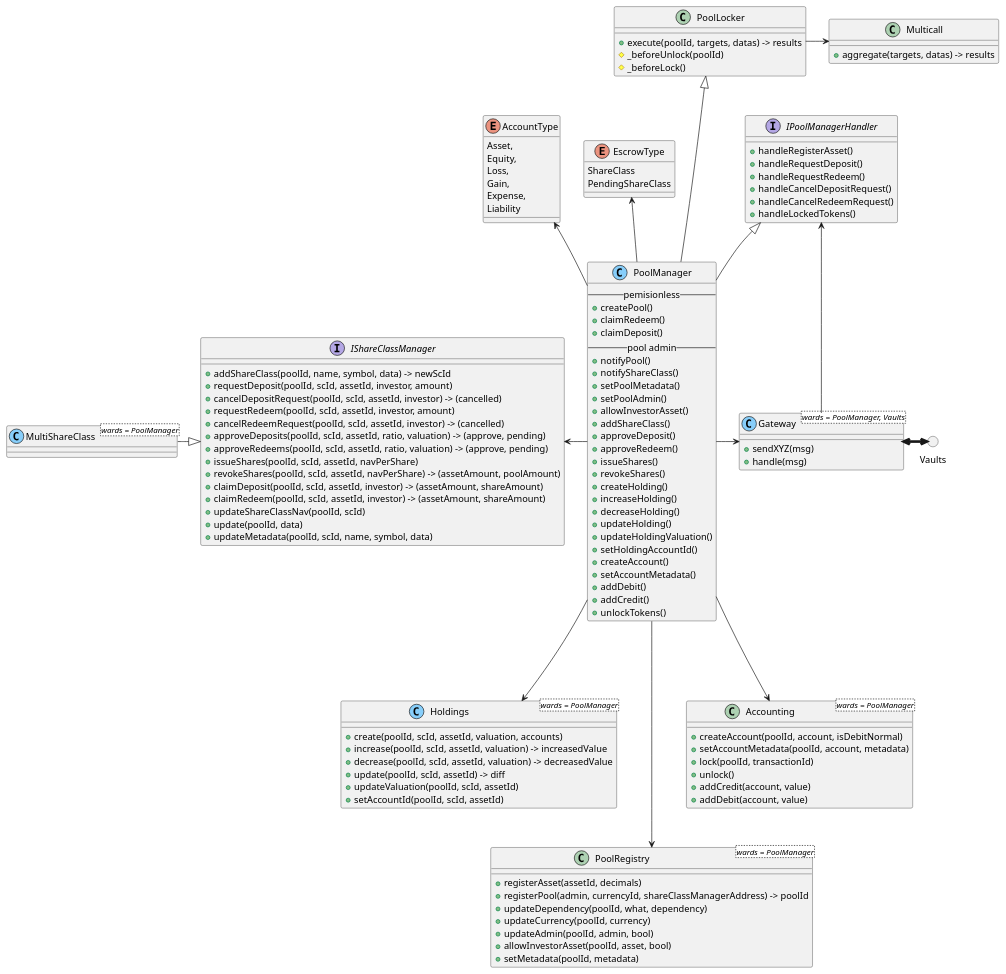
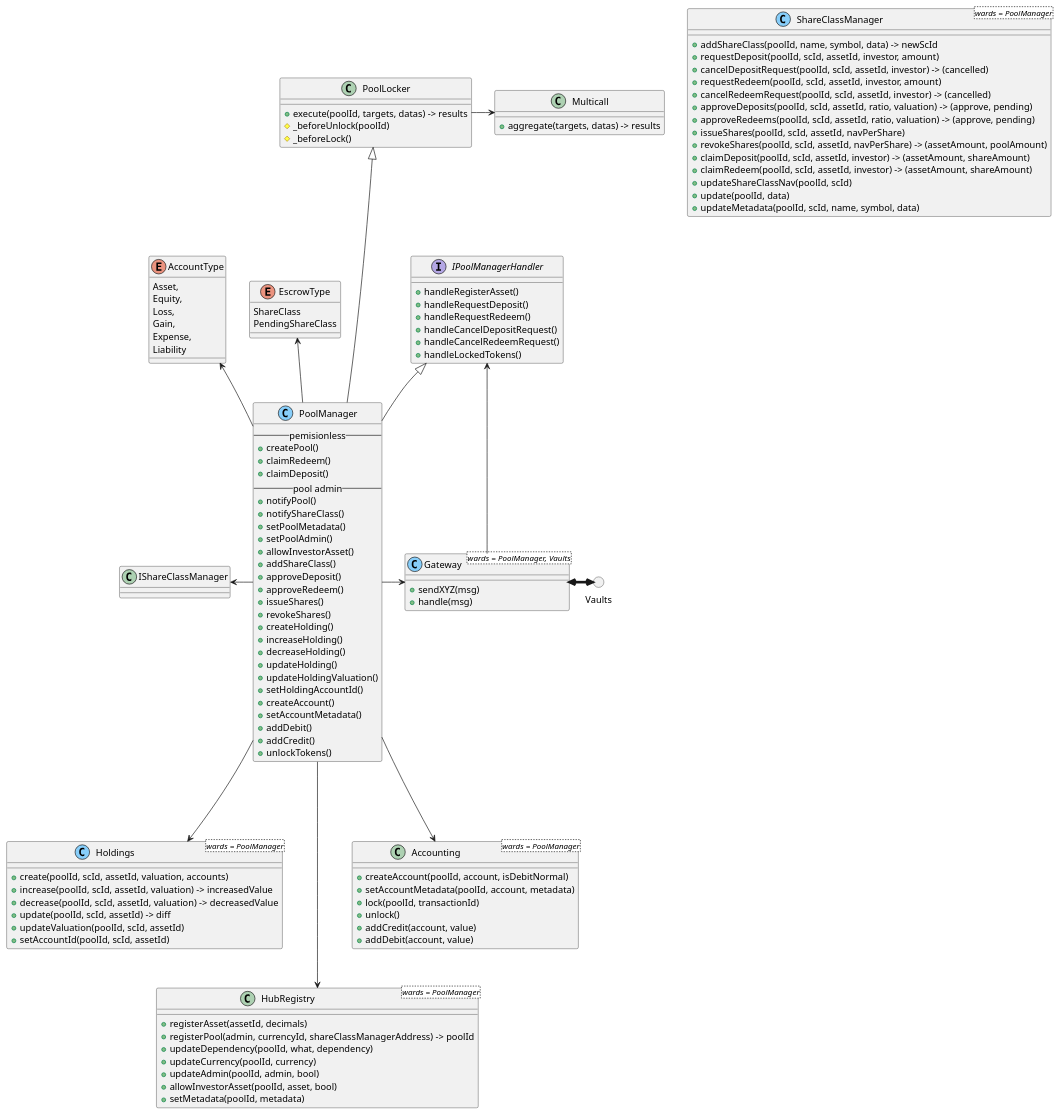
One commit to centrifuge/protocol changed the diagram in docs/pools/architecture.puml. Above: the diagram before and after it, drawn with PlantUML. The commit also changed 22 other files, not shown here.

```diff
--- a/docs/pools/architecture.puml
+++ b/docs/pools/architecture.puml
@@ -1,134 +1,131 @@
 @startuml
 circle Vaults
 
 class Holdings<wards = PoolManager> <<(C, lightskyblue)>> {
     + create(poolId, scId, assetId, valuation, accounts)
     + increase(poolId, scId, assetId, valuation) -> increasedValue
     + decrease(poolId, scId, assetId, valuation) -> decreasedValue
     + update(poolId, scId, assetId) -> diff
     + updateValuation(poolId, scId, assetId)
     + setAccountId(poolId, scId, assetId)
 }
 
-class PoolRegistry<wards = PoolManager> {
+class HubRegistry<wards = PoolManager> {
     + registerAsset(assetId, decimals)
     + registerPool(admin, currencyId, shareClassManagerAddress) -> poolId
     + updateDependency(poolId, what, dependency)
     + updateCurrency(poolId, currency)
     + updateAdmin(poolId, admin, bool)
     + allowInvestorAsset(poolId, asset, bool)
     + setMetadata(poolId, metadata)
 }
 
-interface IShareClassManager {
+class ShareClassManager<wards = PoolManager> <<(C, lightskyblue)>>{
     + addShareClass(poolId, name, symbol, data) -> newScId
     + requestDeposit(poolId, scId, assetId, investor, amount)
     + cancelDepositRequest(poolId, scId, assetId, investor) -> (cancelled)
     + requestRedeem(poolId, scId, assetId, investor, amount)
     + cancelRedeemRequest(poolId, scId, assetId, investor) -> (cancelled)
     + approveDeposits(poolId, scId, assetId, ratio, valuation) -> (approve, pending)
     + approveRedeems(poolId, scId, assetId, ratio, valuation) -> (approve, pending)
     + issueShares(poolId, scId, assetId, navPerShare)
     + revokeShares(poolId, scId, assetId, navPerShare) -> (assetAmount, poolAmount)
     + claimDeposit(poolId, scId, assetId, investor) -> (assetAmount, shareAmount)
     + claimRedeem(poolId, scId, assetId, investor) -> (assetAmount, shareAmount)
     + updateShareClassNav(poolId, scId)
     + update(poolId, data)
     + updateMetadata(poolId, scId, name, symbol, data)
 }
-
-class MultiShareClass<wards = PoolManager> <<(C, lightskyblue)>>{ }
-MultiShareClass -down|> IShareClassManager
 
 class Accounting<wards = PoolManager> {
     + createAccount(poolId, account, isDebitNormal)
     + setAccountMetadata(poolId, account, metadata)
     + lock(poolId, transactionId)
     + unlock()
     + addCredit(account, value)
     + addDebit(account, value)
 }
 
 class Multicall {
     + aggregate(targets, datas) -> results
 }
 
 class PoolLocker {
     + execute(poolId, targets, datas) -> results
     # _beforeUnlock(poolId)
     # _beforeLock()
 }
 
 PoolLocker -right-> Multicall
 
 enum EscrowType {
     ShareClass
     PendingShareClass
 }
 
 enum AccountType {
     Asset,
     Equity,
     Loss,
     Gain,
     Expense,
     Liability
 }
 
 interface IPoolManagerHandler {
     + handleRegisterAsset()
     + handleRequestDeposit()
     + handleRequestRedeem()
     + handleCancelDepositRequest()
     + handleCancelRedeemRequest()
     + handleLockedTokens()
 }
 
 class PoolManager <<(C, lightskyblue)>> {
     -- pemisionless --
     + createPool()
     + claimRedeem()
     + claimDeposit()
     -- pool admin --
     + notifyPool()
     + notifyShareClass()
     + setPoolMetadata()
     + setPoolAdmin()
     + allowInvestorAsset()
     + addShareClass()
     + approveDeposit()
     + approveRedeem()
     + issueShares()
     + revokeShares()
     + createHolding()
     + increaseHolding()
     + decreaseHolding()
     + updateHolding()
     + updateHoldingValuation()
     + setHoldingAccountId()
     + createAccount()
     + setAccountMetadata()
     + addDebit()
     + addCredit()
     + unlockTokens()
 }
 
 PoolManager -up-|> IPoolManagerHandler
 PoolManager -up--|> PoolLocker
 PoolManager -up-> EscrowType
 PoolManager -up-> AccountType
-PoolManager -down---> PoolRegistry
+PoolManager -down---> HubRegistry
 PoolManager -left-> IShareClassManager
 PoolManager -down--> Accounting
 PoolManager -down--> Holdings
 PoolManager -right-> Gateway
 
 class Gateway<wards = PoolManager, Vaults> <<(C, lightskyblue)>> {
     + sendXYZ(msg)
     + handle(msg)
 }
 
 Gateway <-[thickness=4]right-> Vaults
 Gateway -up-> IPoolManagerHandler
 
 @enduml
```
